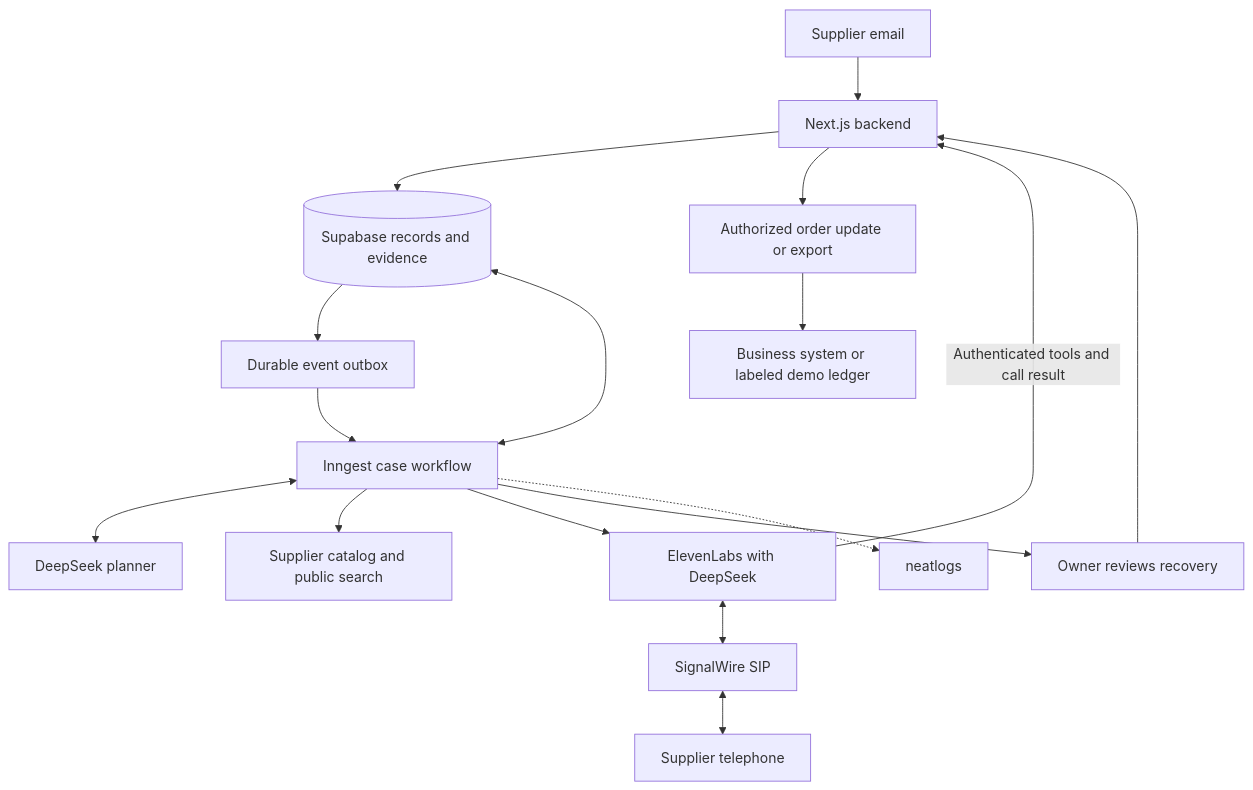
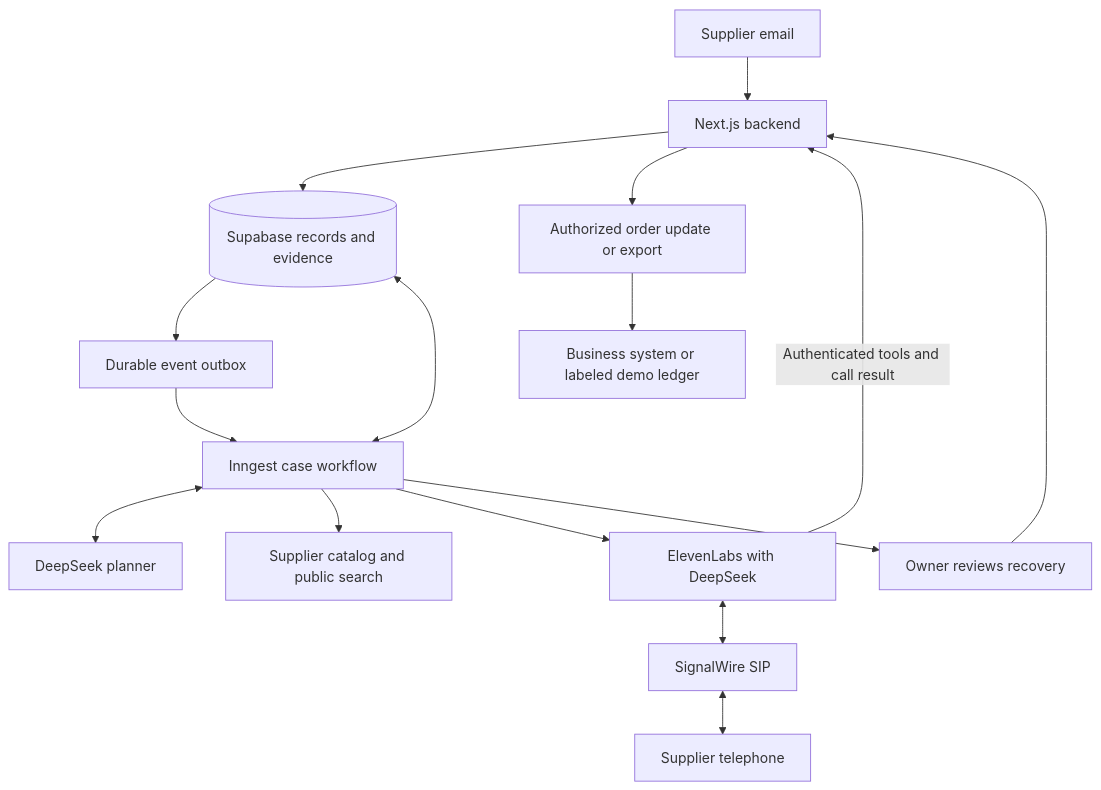
One commit to PeytonLi/Conduit changed the diagram in PRD.md. Above: the diagram before and after it, drawn with Mermaid. The commit also changed other lines of this file and 37 other files, not shown here.

```diff
--- a/PRD.md
+++ b/PRD.md
@@ -88,19 +87,18 @@
 ~~~mermaid
 flowchart TD
     Inbox[Supplier email] --> API[Next.js backend]
     API --> DB[(Supabase records and evidence)]
     DB --> Outbox[Durable event outbox]
     Outbox --> Flow[Inngest case workflow]
     Flow <--> DB
     Flow <--> Model[DeepSeek planner]
     Flow --> Search[Supplier catalog and public search]
     Flow --> Voice[ElevenLabs with DeepSeek]
     Voice <--> Carrier[SignalWire SIP]
     Carrier <--> Supplier[Supplier telephone]
     Voice -->|Authenticated tools and call result| API
     Flow --> Review[Owner reviews recovery]
     Review --> API
     API --> Commit[Authorized order update or export]
     Commit --> Business[Business system or labeled demo ledger]
-    Flow -.-> Trace[neatlogs]
 ~~~
```
